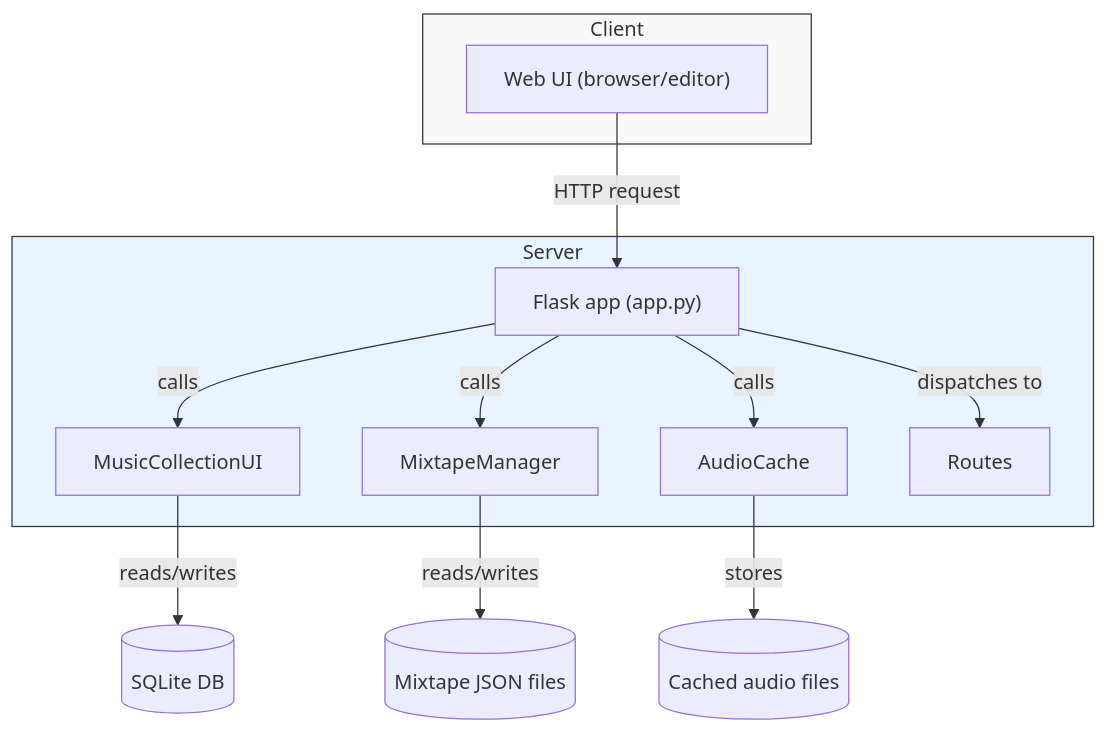
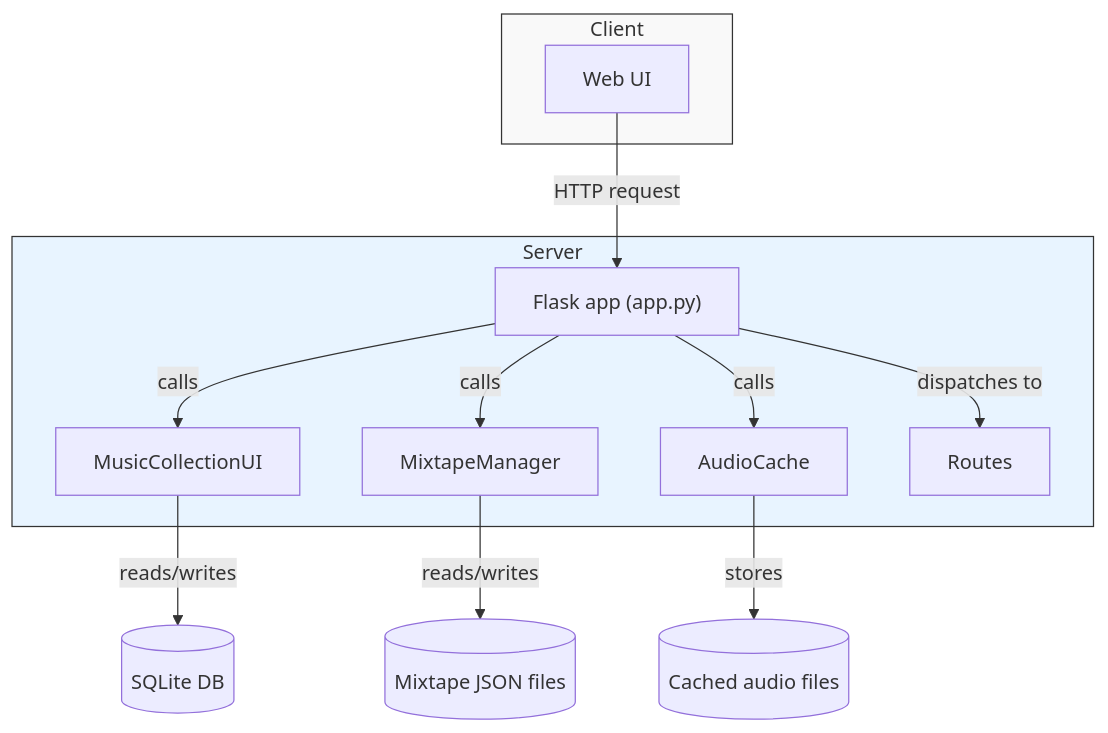
One commit to mark-me/mixtape-society changed the diagram in docs/development/intro.md. Above: the diagram before and after it, drawn with Mermaid.

Commit message:
More fixes

````diff
--- a/docs/development/intro.md
+++ b/docs/development/intro.md
@@ -147,27 +147,27 @@
 ```mermaid
 flowchart TD
     subgraph Client
-        UI["Web UI (browser/editor)"]
+        UI["Web UI"]
     end
 
     subgraph Server
         A["Flask app (app.py)"]
         B[MusicCollectionUI]
         C[MixtapeManager]
         D[AudioCache]
         E[Routes]
     end
 
     UI -->|HTTP request| A
     A -->|calls| B
     A -->|calls| C
     A -->|calls| D
     A -->|dispatches to| E
 
     B -->|reads/writes| SQLite[(SQLite DB)]
     C -->|reads/writes| JSON[(Mixtape JSON files)]
     D -->|stores| Cache[(Cached audio files)]
 
     style Client fill:#f9f9f9,stroke:#333,stroke-width:1px
     style Server fill:#e8f4ff,stroke:#333,stroke-width:1px
 ```
````
